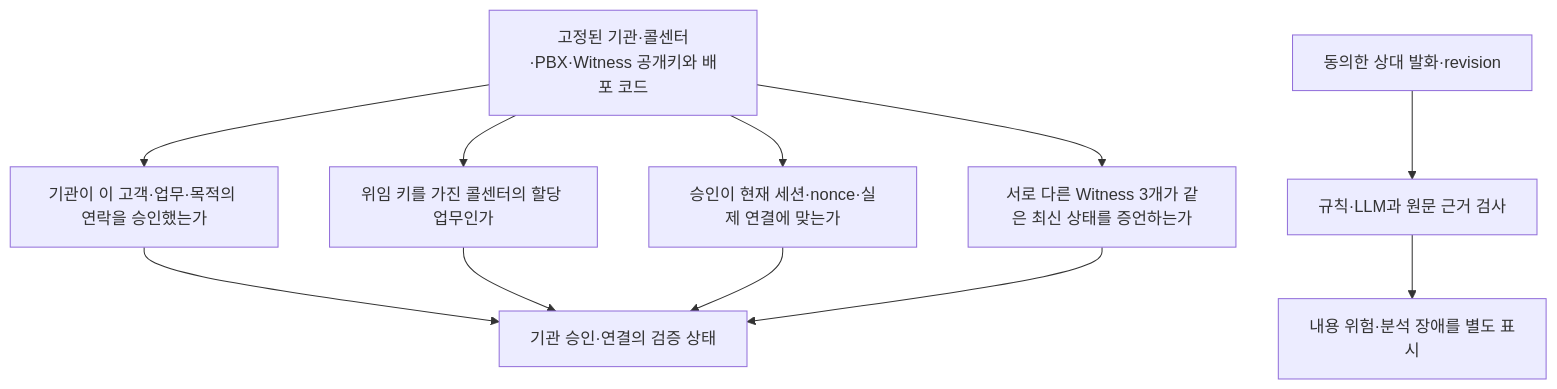
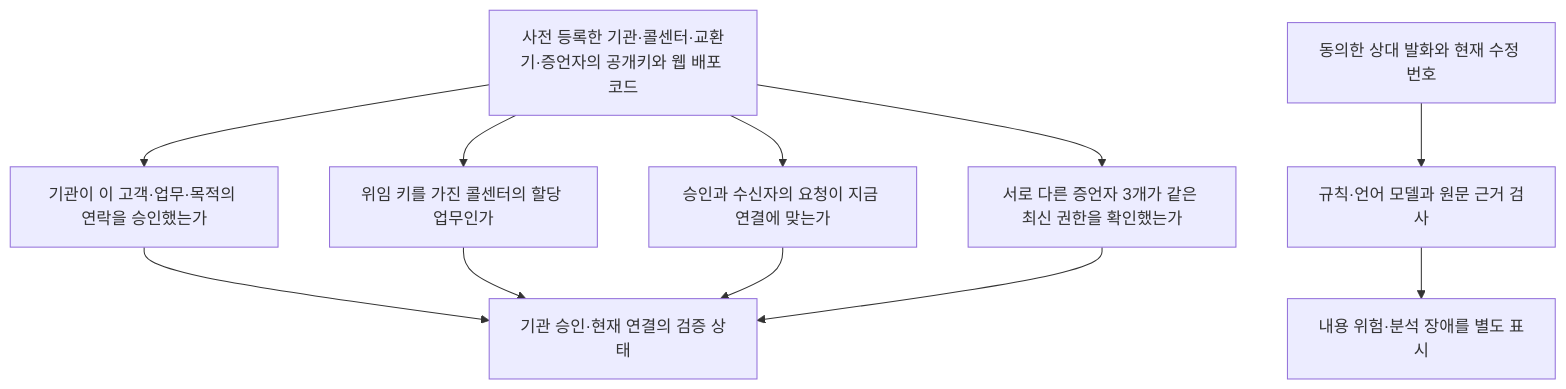
Before and after one commit to 0u-Y/CallSign: the diagram in docs/guide/04-TRUST-AND-SECURITY.md, drawn with Mermaid. The commit also changed other lines of this file and 20 other files, not shown here.

````diff
--- a/docs/guide/04-TRUST-AND-SECURITY.md
+++ b/docs/guide/04-TRUST-AND-SECURITY.md
@@ -7,11 +7,11 @@
 ```mermaid
 flowchart TB
-  T[고정된 기관·콜센터·PBX·Witness 공개키와 배포 코드]
+  T[사전 등록한 기관·콜센터·교환기·증언자의 공개키와 웹 배포 코드]
   T --> A[기관이 이 고객·업무·목적의 연락을 승인했는가]
   T --> B[위임 키를 가진 콜센터의 할당 업무인가]
-  T --> C[승인이 현재 세션·nonce·실제 연결에 맞는가]
-  T --> D[서로 다른 Witness 3개가 같은 최신 상태를 증언하는가]
-  A & B & C & D --> V[기관 승인·연결의 검증 상태]
-  R[동의한 상대 발화·revision] --> AI[규칙·LLM과 원문 근거 검사]
+  T --> C[승인과 수신자의 요청이 지금 연결에 맞는가]
+  T --> D[서로 다른 증언자 3개가 같은 최신 권한을 확인했는가]
+  A & B & C & D --> V[기관 승인·현재 연결의 검증 상태]
+  R[동의한 상대 발화와 현재 수정 번호] --> AI[규칙·언어 모델과 원문 근거 검사]
   AI --> W[내용 위험·분석 장애를 별도 표시]
 ```
````
